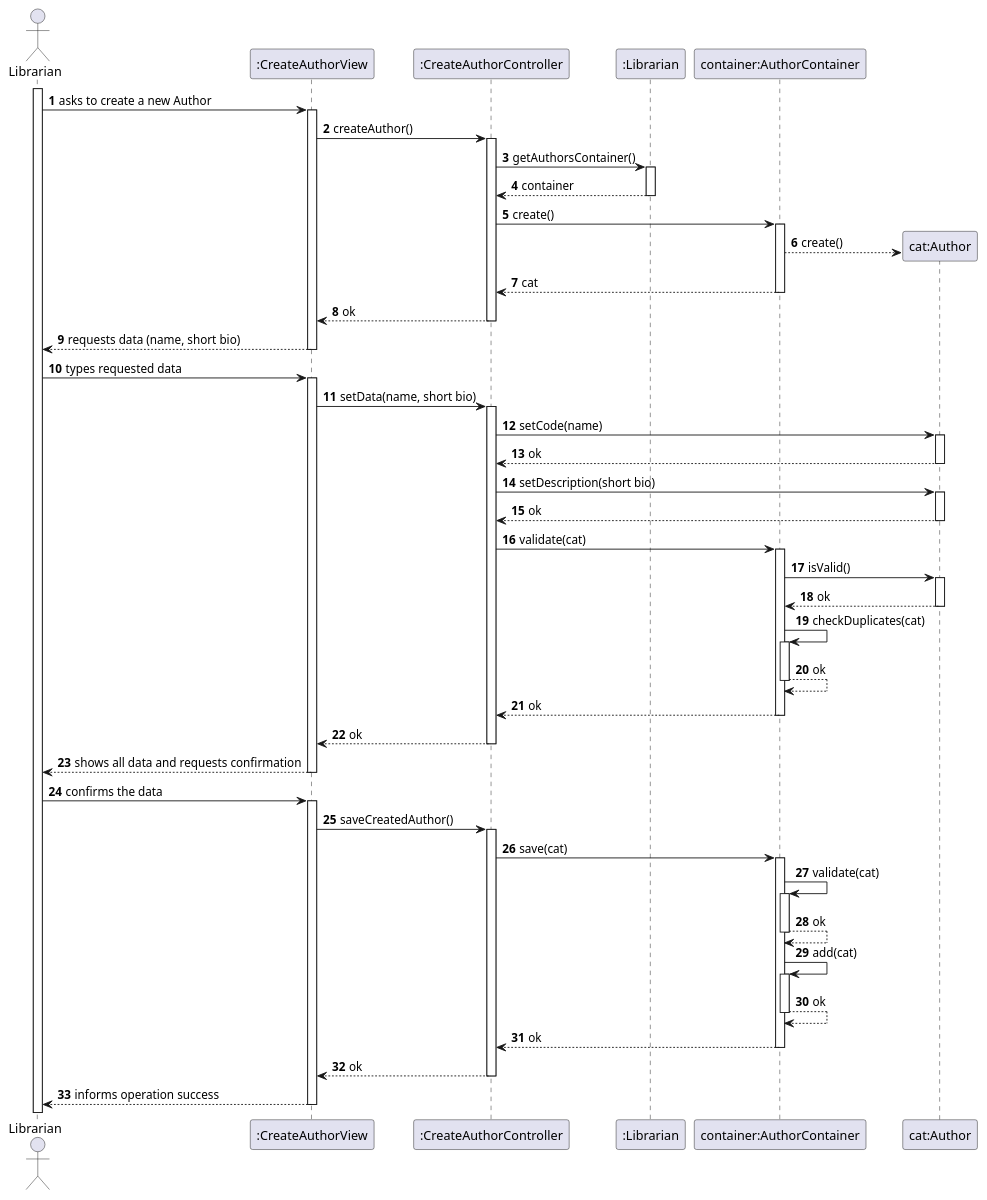
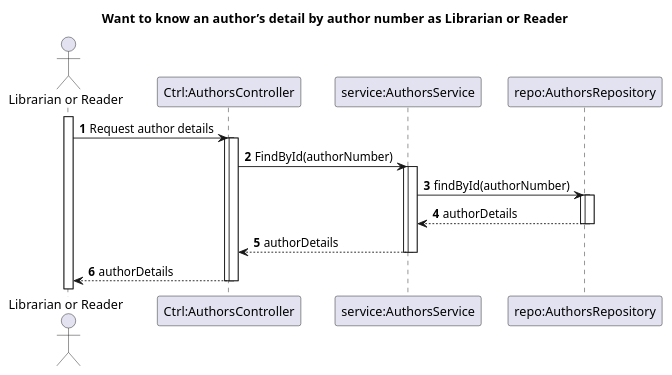
The diagram in Docs/Phase1/WP1A-Authors/Ph1-5-KnowAuthor'sDetail/SD.puml (rutemf/1220944_1220772_G01), drawn with PlantUML before and after one commit. The commit also changed 10 other files, not shown here.

```diff
--- a/Docs/Phase1/WP1A-Authors/Ph1-5-KnowAuthor'sDetail/SD.puml
+++ b/Docs/Phase1/WP1A-Authors/Ph1-5-KnowAuthor'sDetail/SD.puml
@@ -1,52 +1,28 @@
 @startuml
 'https://plantuml.com/sequence-diagram
-
 autoactivate on
 autonumber
 
-actor "Librarian" as User
-participant ":CreateAuthorView" as System
-participant ":CreateAuthorController" as Ctrl
-participant ":Librarian" as Librarian
-participant "container:AuthorContainer" as Container
-participant "cat:Author" as Author
+title Want to know an author’s detail  by author number as Librarian or Reader
 
+actor "Librarian or Reader" as User
+participant "Ctrl:AuthorsController" as Ctrl
+participant "service:AuthorsService" as Service
+participant "repo:AuthorsRepository" as Repo
 activate User
 
-User -> System: asks to create a new Author
-System -> Ctrl: createAuthor()
-Ctrl -> Librarian: getAuthorsContainer()
-Librarian --> Ctrl: container
-Ctrl -> Container: create()
-Container --> Author**: create()
-Container --> Ctrl: cat
-Ctrl --> System: ok
-System --> User: requests data (name, short bio)
+User -> Ctrl: Request author details
+activate Ctrl
+Ctrl -> Service: FindById(authorNumber)
+activate Service
+Service -> Repo: findById(authorNumber)
+activate Repo
 
-User -> System: types requested data
-System -> Ctrl: setData(name, short bio)
-Ctrl -> Author: setCode(name)
-Author -->Ctrl: ok
-Ctrl -> Author: setDescription(short bio)
-Author --> Ctrl: ok
-Ctrl -> Container: validate(cat)
-Container -> Author: isValid()
-Author --> Container: ok
-Container -> Container: checkDuplicates(cat)
-Container --> Container : ok
-Container --> Ctrl: ok
-Ctrl --> System: ok
-System --> User: shows all data and requests confirmation
-
-User -> System: confirms the data
-System -> Ctrl: saveCreatedAuthor()
-Ctrl -> Container: save(cat)
-Container -> Container : validate(cat)
-Container --> Container : ok
-Container -> Container: add(cat)
-Container --> Container : ok
-Container --> Ctrl: ok
-Ctrl --> System: ok
-System --> User: informs operation success
+Repo --> Service: authorDetails
+deactivate Repo
+Service --> Ctrl: authorDetails
+deactivate Service
+Ctrl --> User: authorDetails
+deactivate Ctrl
 
 @enduml
```
